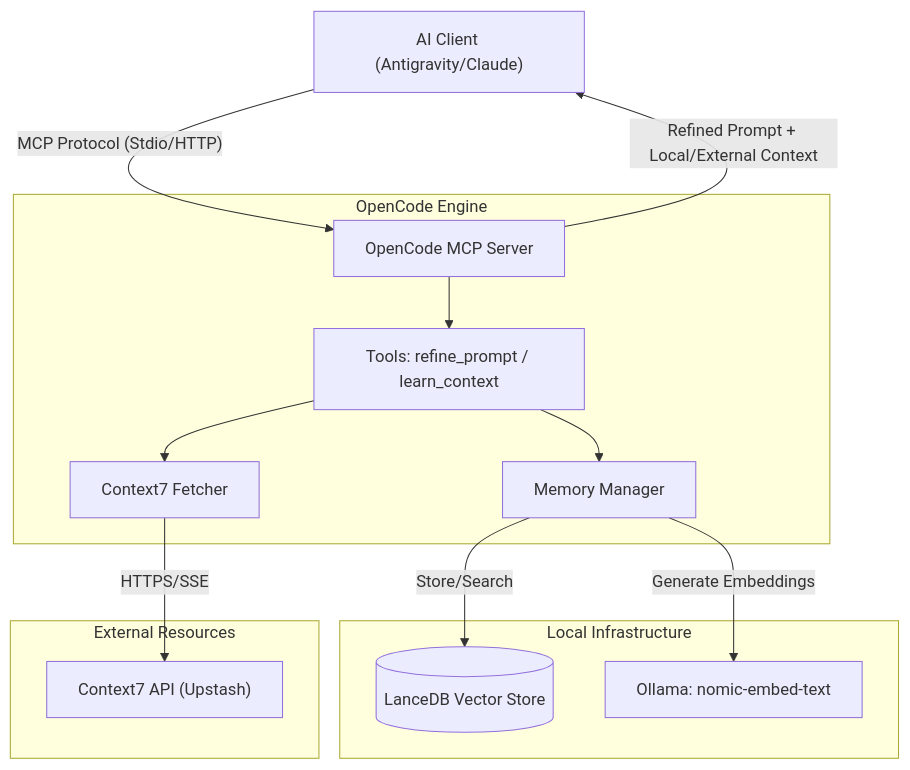
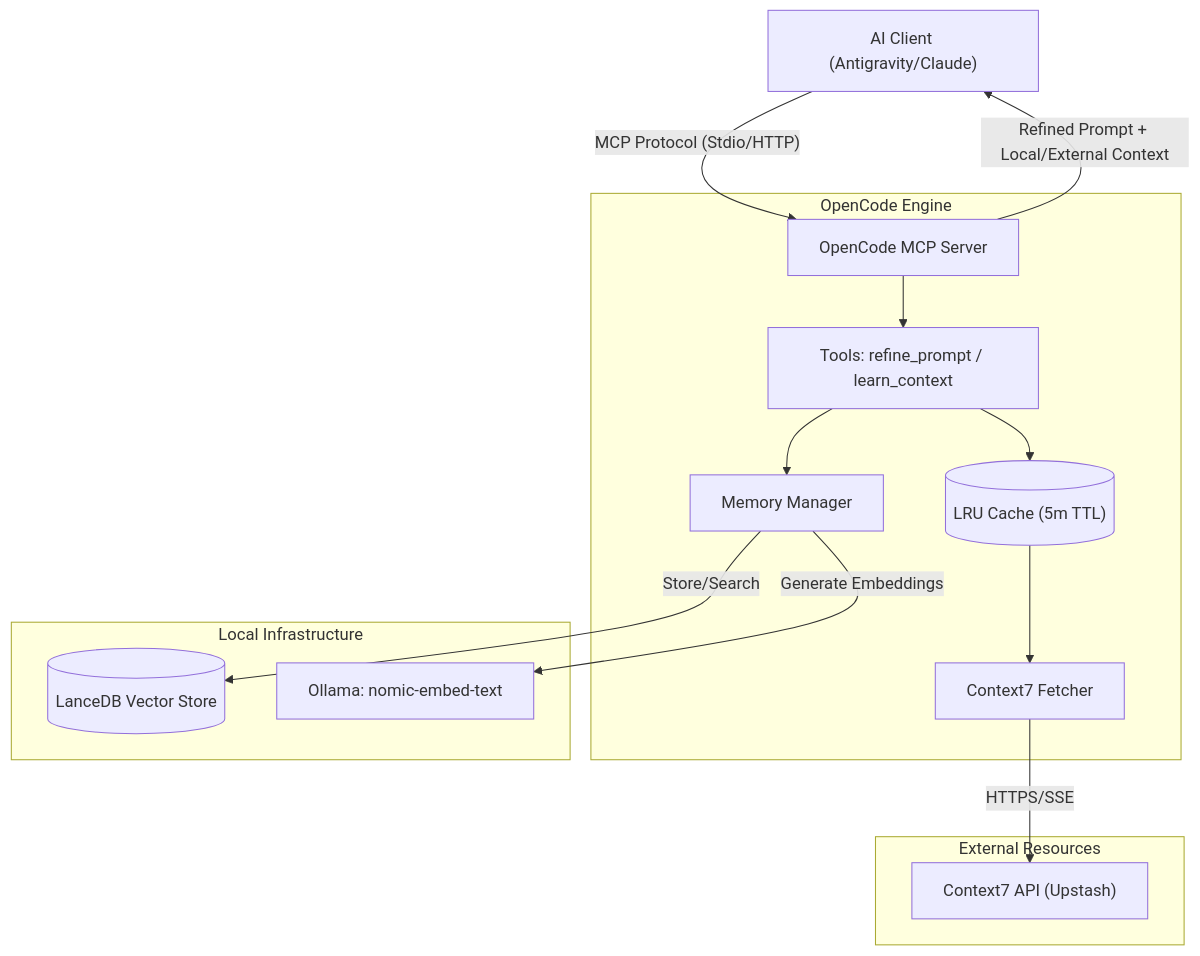
Before and after one commit to marlondivino/open-code-as-mcp: the first of 2 diagrams in README.md, drawn with Mermaid. The commit also changed other lines of this file and 3 other files, not shown here.

````diff
--- a/README.md
+++ b/README.md
@@ -35,21 +37,22 @@
 ```mermaid
 graph TD
     Client["AI Client (Antigravity/Claude)"] -- "MCP Protocol (Stdio/HTTP)" --> Server["OpenCode MCP Server"]
 
     subgraph "OpenCode Engine"
         Server --> Tools["Tools: refine_prompt / learn_context"]
         Tools --> Memory["Memory Manager"]
-        Tools --> Docs["Context7 Fetcher"]
+        Tools --> Cache[("LRU Cache (5m TTL)")]
+        Cache --> Docs["Context7 Fetcher"]
     end
 
     subgraph "Local Infrastructure"
         Memory -- "Store/Search" --> LDB[("LanceDB Vector Store")]
         Memory -- "Generate Embeddings" --> OLL["Ollama: nomic-embed-text"]
     end
 
     subgraph "External Resources"
         Docs -- "HTTPS/SSE" --> C7["Context7 API (Upstash)"]
     end
 
     Server -- "Refined Prompt + Local/External Context" --> Client
 ```
````
